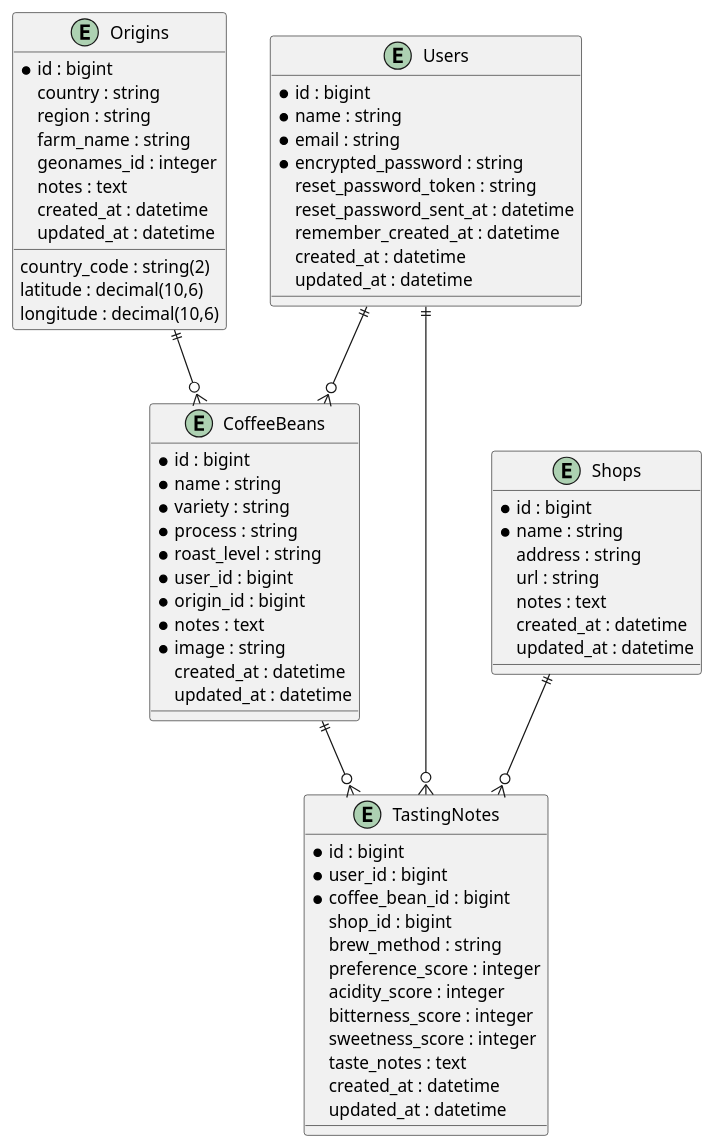
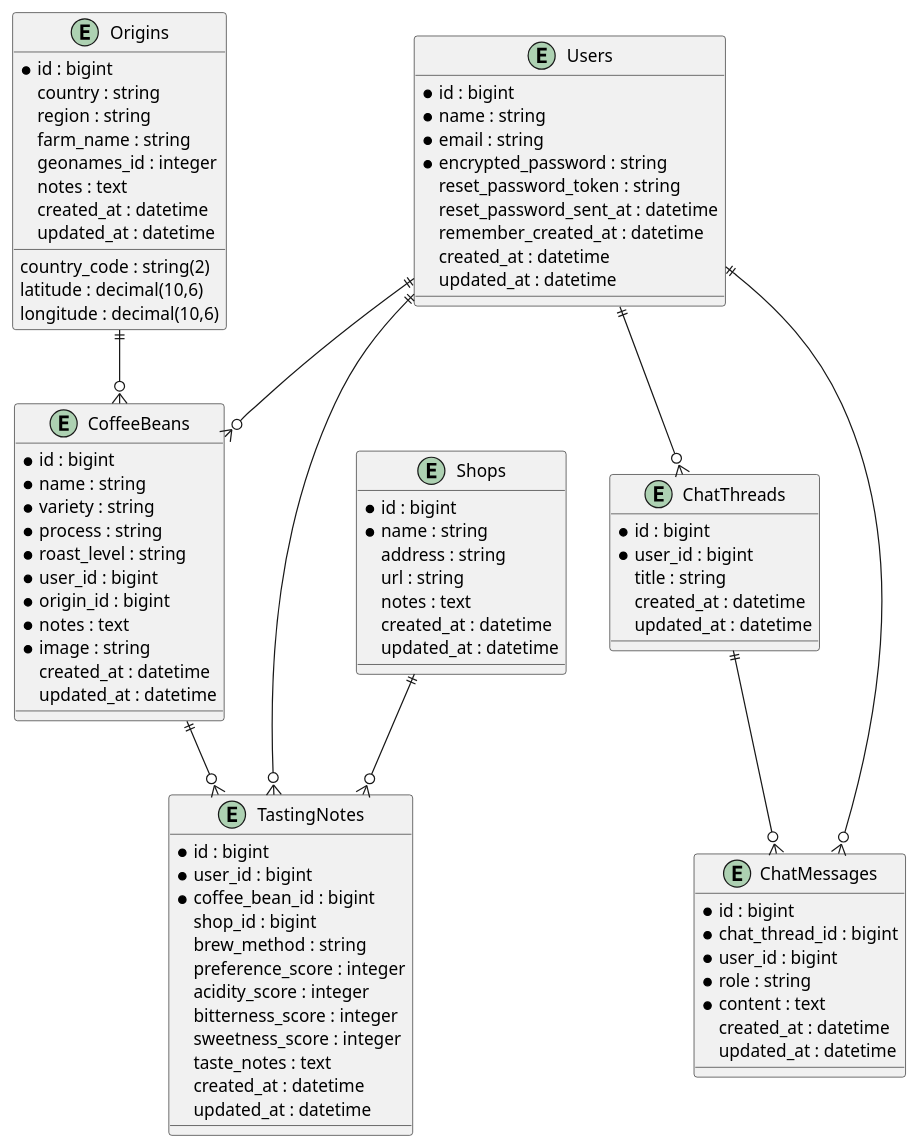
Before and after one commit to n-wata-ru/exit_examination_rails: the diagram in er.puml, drawn with PlantUML. The commit also changed 4 other files, not shown here.

Commit message:
AIチャット機能追加のためER図を更新・openai-ruby

```diff
--- a/er.puml
+++ b/er.puml
@@ -1,72 +1,93 @@
 @startuml
 entity Users {
   *id : bigint
   *name : string
   *email : string
   *encrypted_password : string
   reset_password_token : string
   reset_password_sent_at : datetime
   remember_created_at : datetime
   created_at : datetime
   updated_at : datetime
 }
 
 entity CoffeeBeans {
   *id : bigint
   *name : string
   *variety : string
   *process : string
   *roast_level : string
   *user_id : bigint
   *origin_id : bigint
   *notes : text
   *image : string
   created_at : datetime
   updated_at : datetime
 }
 
 entity TastingNotes {
   *id : bigint
   *user_id : bigint
   *coffee_bean_id : bigint
   shop_id : bigint
   brew_method : string
   preference_score : integer
   acidity_score : integer
   bitterness_score : integer
   sweetness_score : integer
   taste_notes : text
   created_at : datetime
   updated_at : datetime
 }
 
 entity Shops {
   *id : bigint
   *name : string
   address : string
   url : string
   notes : text
   created_at : datetime
   updated_at : datetime
 }
 
 entity Origins {
   *id : bigint
   country : string
   country_code : string(2)
   region : string
   farm_name : string
   geonames_id : integer
   latitude : decimal(10,6)
   longitude : decimal(10,6)
   notes : text
   created_at : datetime
   updated_at : datetime
 }
 
+entity ChatThreads {
+  *id : bigint
+  *user_id : bigint
+  title : string
+  created_at : datetime
+  updated_at : datetime
+}
+
+entity ChatMessages {
+  *id : bigint
+  *chat_thread_id : bigint
+  *user_id : bigint
+  *role : string
+  *content : text
+  created_at : datetime
+  updated_at : datetime
+}
+
 Users ||--o{ CoffeeBeans
 Users ||--o{ TastingNotes
 CoffeeBeans ||--o{ TastingNotes
 Shops ||--o{ TastingNotes
 Origins ||--o{ CoffeeBeans
+Users ||--o{ ChatThreads
+ChatThreads ||--o{ ChatMessages
+Users ||--o{ ChatMessages
 @enduml
```
